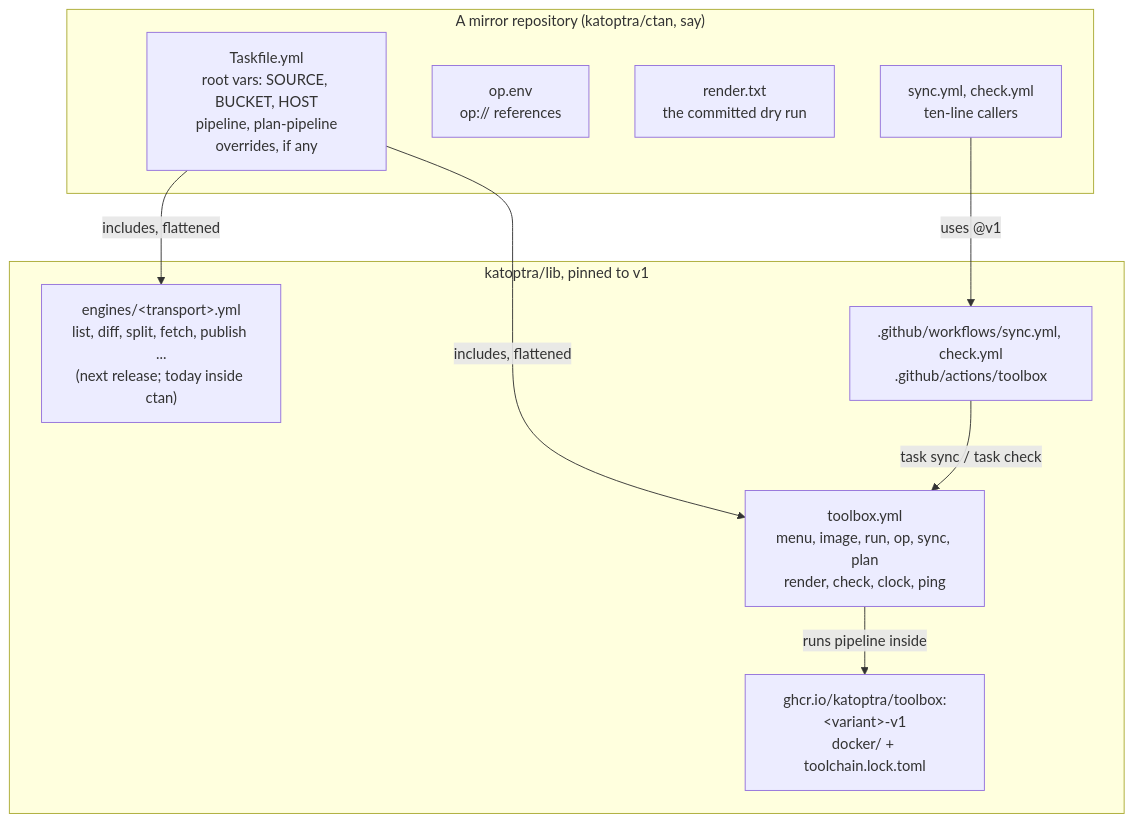
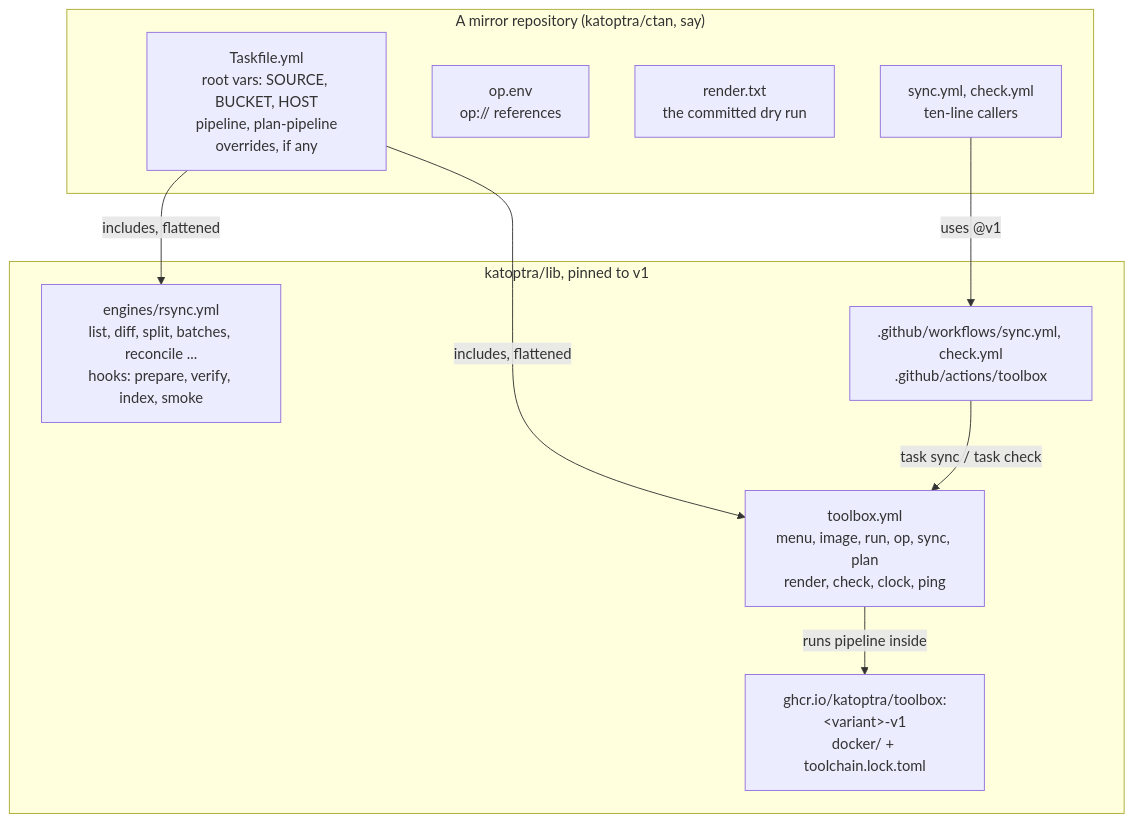
The first of 2 diagrams in README.md (katoptra/lib), drawn with Mermaid before and after one commit. The commit also changed other lines of this file and 16 other files, not shown here.

First line of the commit message:
feat(engine): the rsync engine, extracted from ctan, and a layered report

````diff
--- a/README.md
+++ b/README.md
@@ -14,20 +14,20 @@
 ```mermaid
 flowchart TB
   subgraph mirror["A mirror repository (katoptra/ctan, say)"]
     tf["Taskfile.yml<br/>root vars: SOURCE, BUCKET, HOST<br/>pipeline, plan-pipeline<br/>overrides, if any"]
     opv["op.env<br/>op:// references"]
     rt["render.txt<br/>the committed dry run"]
     cw["sync.yml, check.yml<br/>ten-line callers"]
   end
   subgraph lib["katoptra/lib, pinned to v1"]
     tb["toolbox.yml<br/>menu, image, run, op, sync, plan<br/>render, check, clock, ping"]
-    en["engines/&lt;transport&gt;.yml<br/>list, diff, split, fetch, publish ...<br/>(next release; today inside ctan)"]
+    en["engines/rsync.yml<br/>list, diff, split, batches, reconcile ...<br/>hooks: prepare, verify, index, smoke"]
     im["ghcr.io/katoptra/toolbox:&lt;variant&gt;-v1<br/>docker/ + toolchain.lock.toml"]
     wf[".github/workflows/sync.yml, check.yml<br/>.github/actions/toolbox"]
   end
   tf -- "includes, flattened" --> tb
   tf -- "includes, flattened" --> en
   tb -- "runs pipeline inside" --> im
   cw -- "uses @v1" --> wf
   wf -- "task sync / task check" --> tb
 ```
````
